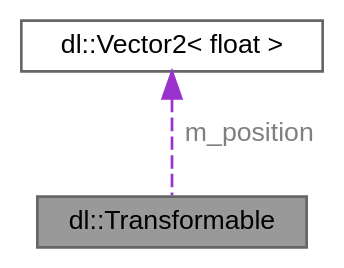
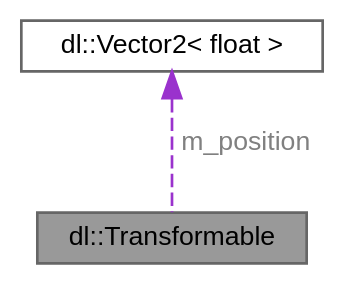
One commit to Dogbonee/Dualie changed the diagram in docs/classdl_1_1Transformable__coll__graph.dot. Above: the diagram before and after it, drawn with Graphviz. The commit also changed 171 other files, not shown here.

```diff
--- a/docs/classdl_1_1Transformable__coll__graph.dot
+++ b/docs/classdl_1_1Transformable__coll__graph.dot
@@ -1,10 +1,11 @@
 digraph "dl::Transformable"
 {
  // LATEX_PDF_SIZE
   bgcolor="transparent";
   edge [fontname=Helvetica,fontsize=10,labelfontname=Helvetica,labelfontsize=10];
   node [fontname=Helvetica,fontsize=10,shape=box,height=0.2,width=0.4];
   Node1 [id="Node000001",label="dl::Transformable",height=0.2,width=0.4,color="gray40", fillcolor="grey60", style="filled", fontcolor="black",tooltip="A base class for anything that has a position on the screen."];
-  Node2 -> Node1 [id="edge1_Node000001_Node000002",dir="back",color="darkorchid3",style="dashed",tooltip=" ",label=" m_position",fontcolor="grey" ];
+  Node2 -> Node1 [id="edge1_Node000001_Node000002",dir="back",color="darkorchid3",style="dashed",tooltip=" ",label=<<TABLE CELLBORDER="0" BORDER="0"><TR><TD VALIGN="top" ALIGN="LEFT" CELLPADDING="1" CELLSPACING="0">m_position</TD></TR>
+</TABLE>> ,fontcolor="grey" ];
   Node2 [id="Node000002",label="dl::Vector2\< float \>",height=0.2,width=0.4,color="gray40", fillcolor="white", style="filled",URL="$classdl_1_1Vector2.html",tooltip=" "];
 }
```
